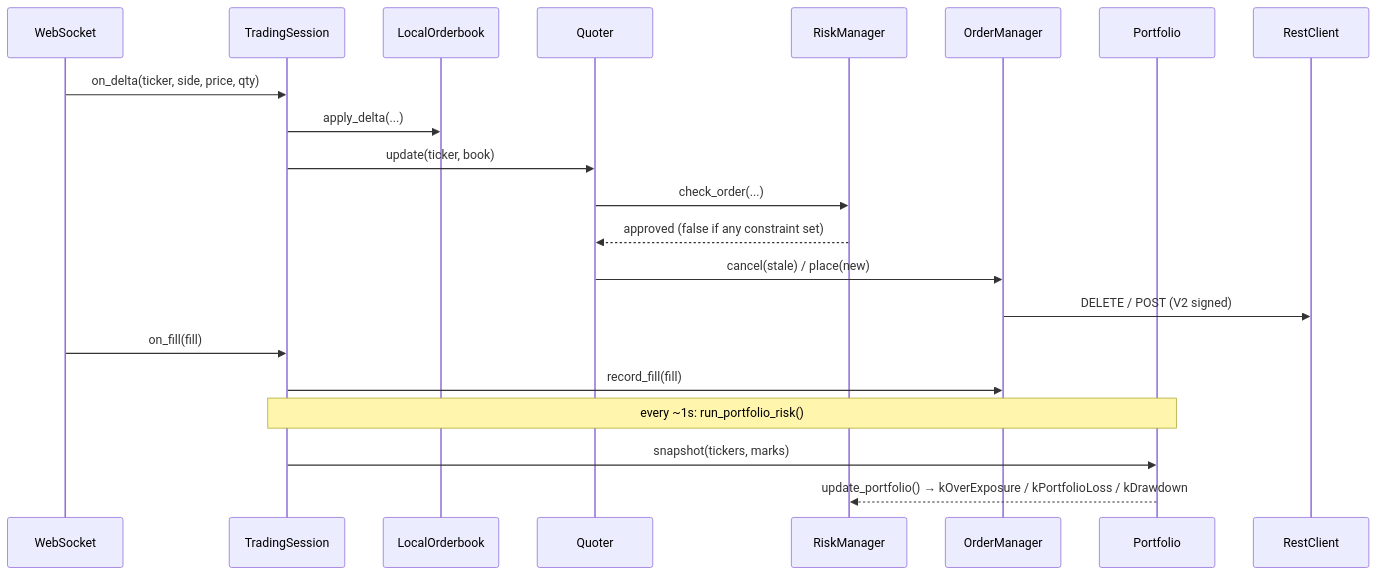
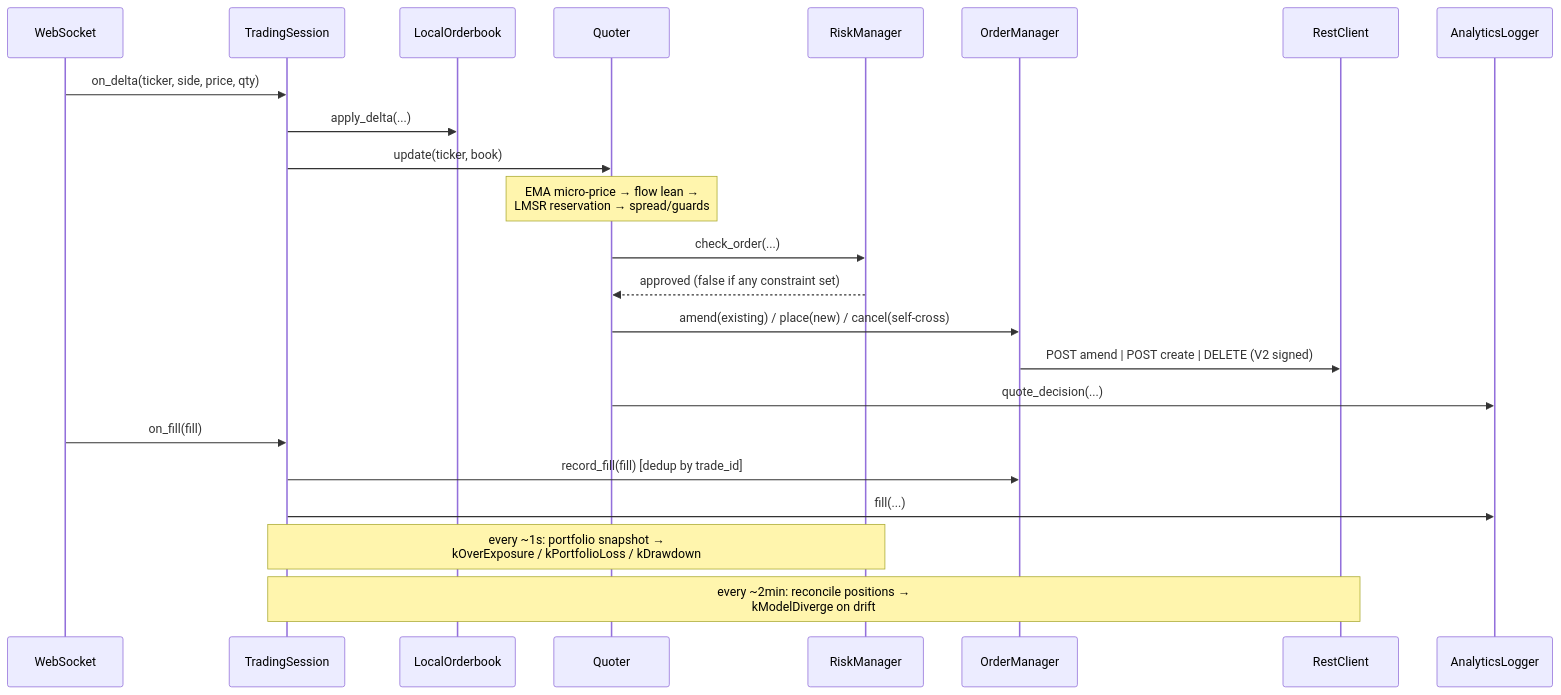
One commit to jfreun123/kalshi-market-maker changed the diagram in docs/architecture.md. Above: the diagram before and after it, drawn with Mermaid. The commit also changed other lines of this file and 14 other files, not shown here.

````diff
--- a/docs/architecture.md
+++ b/docs/architecture.md
@@ -9,24 +10,26 @@
 ```mermaid
 sequenceDiagram
     participant WS as WebSocket
     participant SESS as TradingSession
     participant OB as LocalOrderbook
     participant QE as Quoter
     participant RM as RiskManager
     participant OM as OrderManager
-    participant PF as Portfolio
     participant REST as RestClient
+    participant AN as AnalyticsLogger
 
     WS->>SESS: on_delta(ticker, side, price, qty)
     SESS->>OB: apply_delta(...)
     SESS->>QE: update(ticker, book)
+    Note over QE: EMA micro-price → flow lean →<br/>LMSR reservation → spread/guards
     QE->>RM: check_order(...)
     RM-->>QE: approved (false if any constraint set)
-    QE->>OM: cancel(stale) / place(new)
-    OM->>REST: DELETE / POST (V2 signed)
+    QE->>OM: amend(existing) / place(new) / cancel(self-cross)
+    OM->>REST: POST amend | POST create | DELETE (V2 signed)
+    QE->>AN: quote_decision(...)
     WS->>SESS: on_fill(fill)
-    SESS->>OM: record_fill(fill)
-    Note over SESS,PF: every ~1s: run_portfolio_risk()
-    SESS->>PF: snapshot(tickers, marks)
-    PF-->>RM: update_portfolio() → kOverExposure / kPortfolioLoss / kDrawdown
+    SESS->>OM: record_fill(fill)  [dedup by trade_id]
+    SESS->>AN: fill(...)
+    Note over SESS,RM: every ~1s: portfolio snapshot →<br/>kOverExposure / kPortfolioLoss / kDrawdown
+    Note over SESS,REST: every ~2min: reconcile positions →<br/>kModelDiverge on drift
 ```
````
